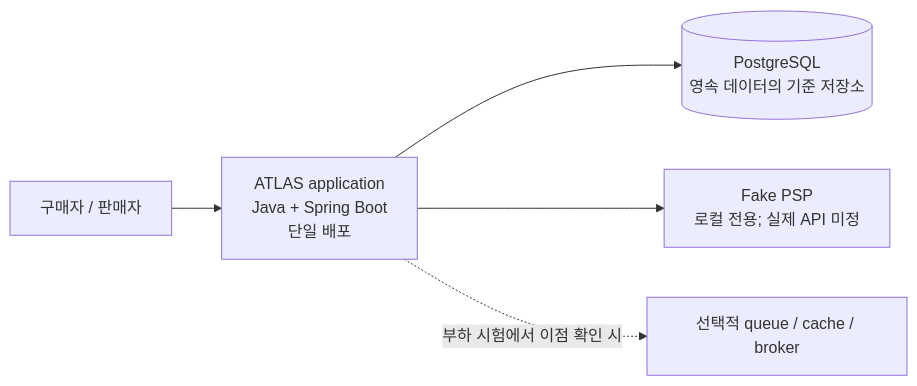
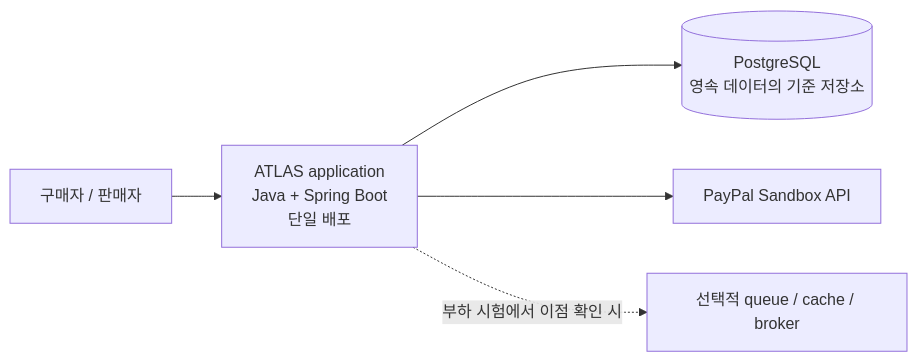
Before and after one commit to Neo1228/ATLAS: the first of 2 diagrams in docs/02-decisions/adr/ADR-0001-architecture-style.md, drawn with Mermaid. The commit also changed other lines of this file and 47 other files, not shown here.

````diff
--- a/docs/02-decisions/adr/ADR-0001-architecture-style.md
+++ b/docs/02-decisions/adr/ADR-0001-architecture-style.md
@@ -34,7 +37,7 @@
 ```mermaid
 flowchart LR
     Buyer[구매자 / 판매자] --> App["ATLAS application<br/>Java + Spring Boot<br/>단일 배포"]
     App --> DB[("PostgreSQL<br/>영속 데이터의 기준 저장소")]
-    App --> PSP["Fake PSP<br/>로컬 전용; 실제 API 미정"]
+    App --> PSP["PayPal Sandbox API"]
     App -. "부하 시험에서 이점 확인 시" .-> Optional["선택적 queue / cache / broker"]
 ```
````
